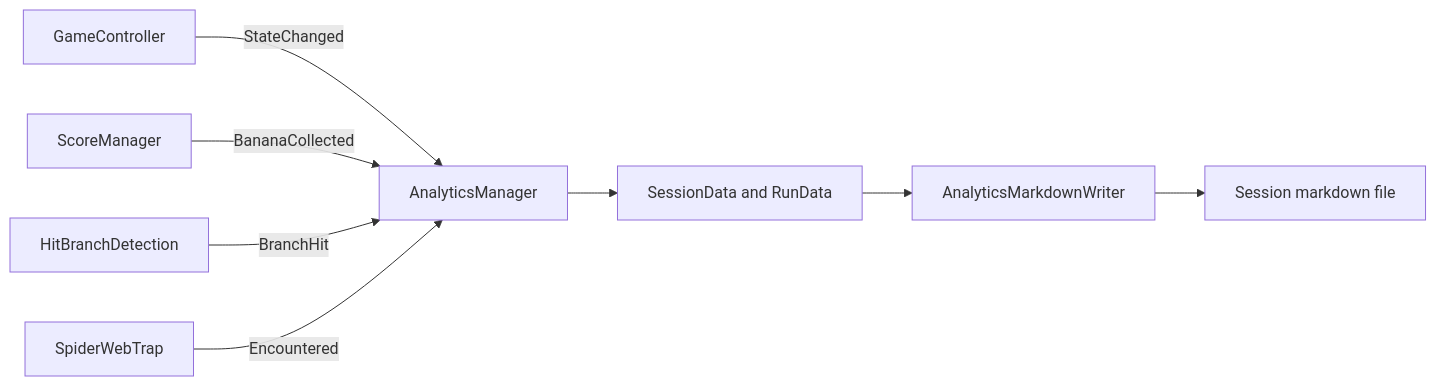
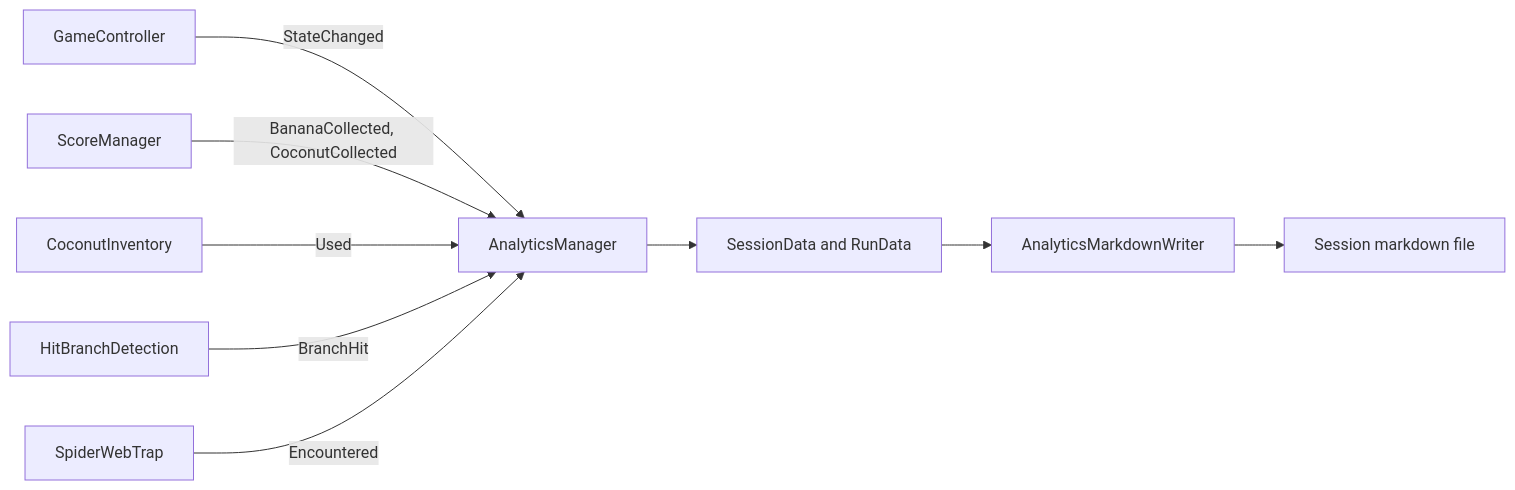
Before and after one commit to CSCI-526/Team4-Lu_Lu: the diagram in docs/analytics-doc.md, drawn with Mermaid. The commit also changed other lines of this file and 3 other files, not shown here.

Commit message:
Record coconut pickups and uses in the analytics report and split its reward score into banana and coconut points so coconuts are no longer reported as bananas.

````diff
--- a/docs/analytics-doc.md
+++ b/docs/analytics-doc.md
@@ -13,10 +13,11 @@
 ```mermaid
 graph LR
   Game[GameController] -->|StateChanged| AM[AnalyticsManager]
-  Score[ScoreManager] -->|BananaCollected| AM
+  Score[ScoreManager] -->|BananaCollected, CoconutCollected| AM
+  Coconut[CoconutInventory] -->|Used| AM
   Hit[HitBranchDetection] -->|BranchHit| AM
   Web[SpiderWebTrap] -->|Encountered| AM
   AM --> Data[SessionData and RunData]
   Data --> Writer[AnalyticsMarkdownWriter]
   Writer --> File[Session markdown file]
 ```
````
